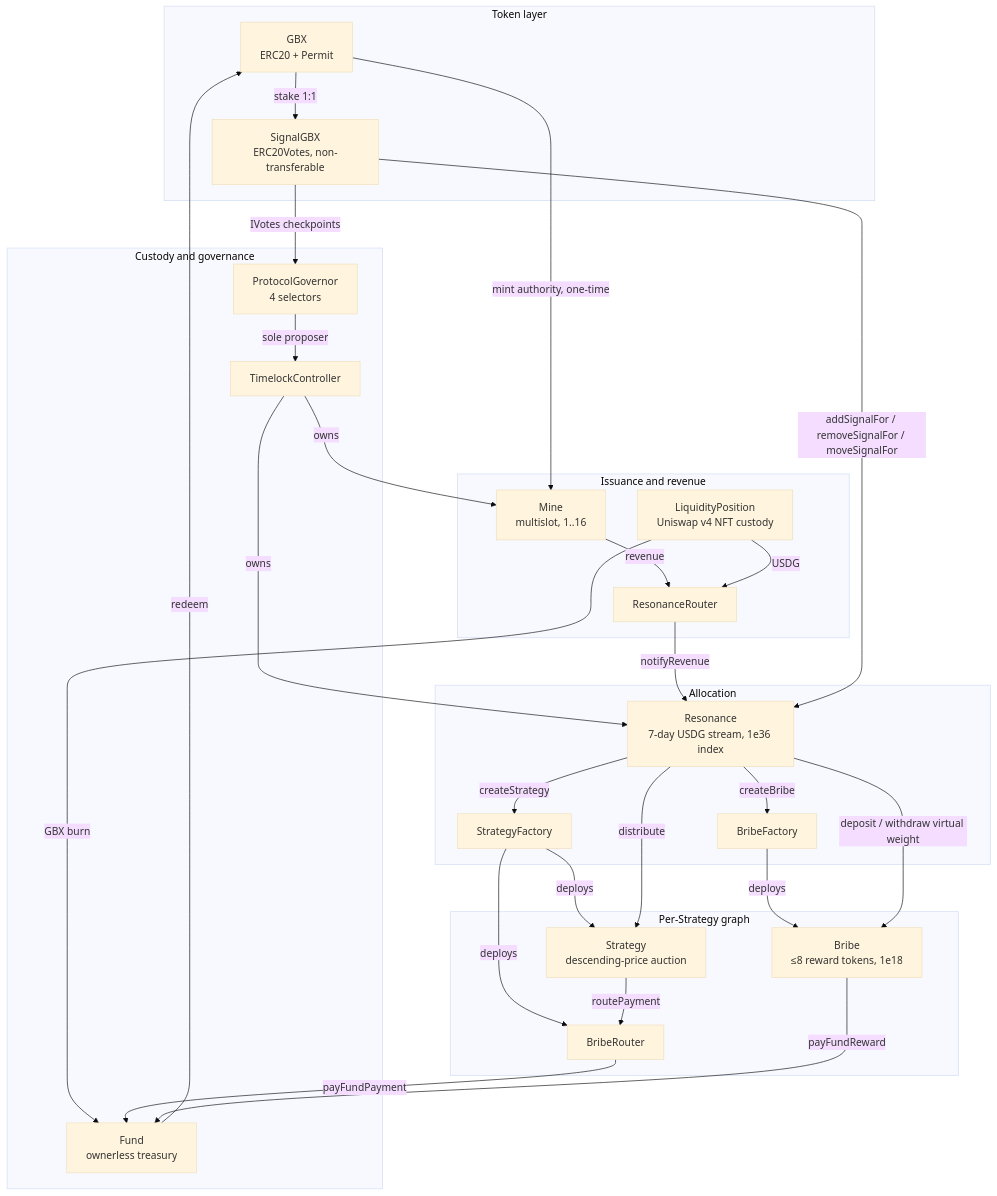
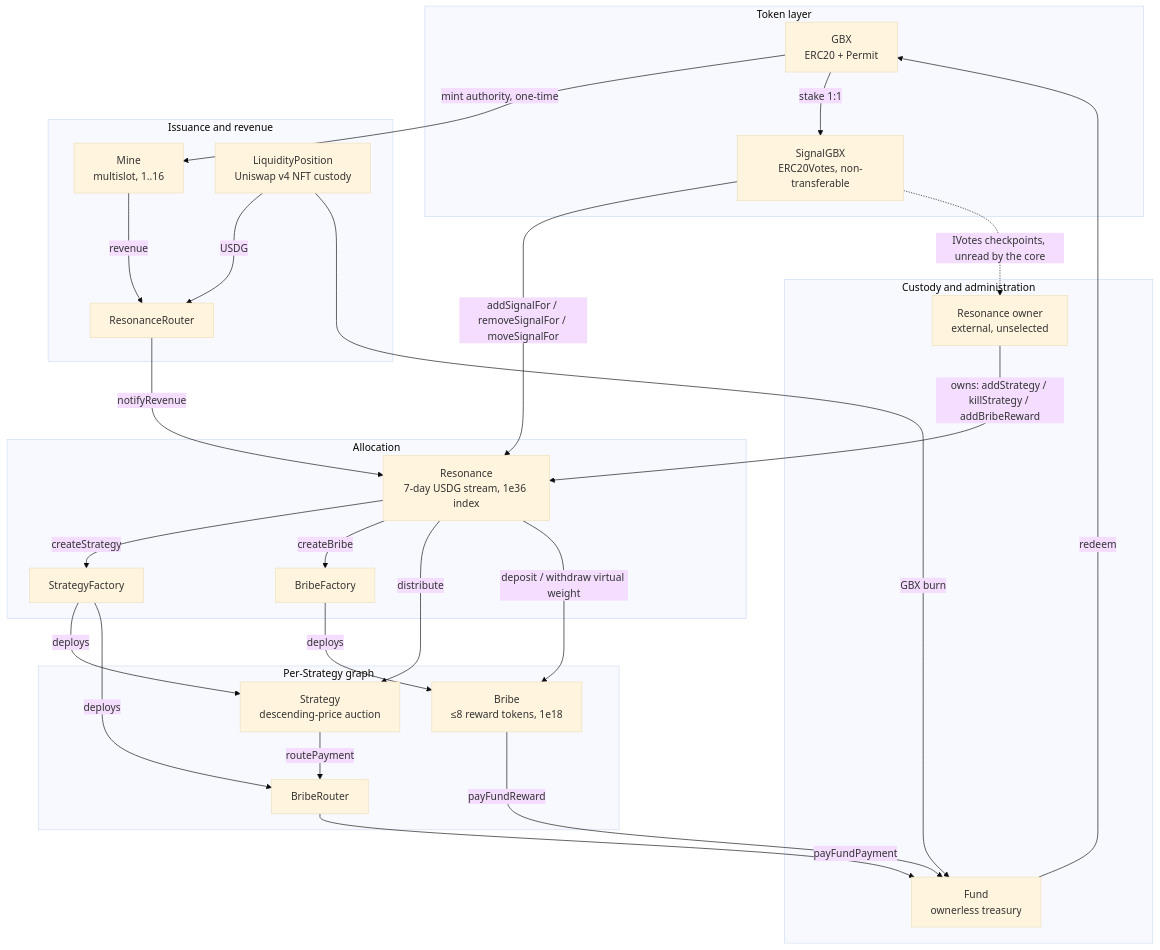
The diagram in docs/whitepapers/gumball-6900/whitepaper.md (Heesho/gumball6900), drawn with Mermaid (base theme) before and after one commit. The commit also changed other lines of this file and 17 other files, not shown here.

````diff
--- a/docs/whitepapers/gumball-6900/whitepaper.md
+++ b/docs/whitepapers/gumball-6900/whitepaper.md
@@ -211,50 +210,47 @@
 ```mermaid
 flowchart TB
   subgraph Token["Token layer"]
     GBX[GBX<br/>ERC20 + Permit]
     SGBX[SignalGBX<br/>ERC20Votes, non-transferable]
   end
   subgraph Issue["Issuance and revenue"]
     MINE[Mine<br/>multislot, 1..16]
     LP[LiquidityPosition<br/>Uniswap v4 NFT custody]
     RR[ResonanceRouter]
   end
   subgraph Alloc["Allocation"]
     RES[Resonance<br/>7-day USDG stream, 1e36 index]
     SF[StrategyFactory]
     BF[BribeFactory]
   end
   subgraph Perstrat["Per-Strategy graph"]
     STR[Strategy<br/>descending-price auction]
     BR[BribeRouter]
     BRIBE[Bribe<br/>≤8 reward tokens, 1e18]
   end
-  subgraph Custody["Custody and governance"]
+  subgraph Custody["Custody and administration"]
     FUND[Fund<br/>ownerless treasury]
-    GOV[ProtocolGovernor<br/>4 selectors]
-    TL[TimelockController]
+    OWNER[Resonance owner<br/>external, unselected]
   end
 
   GBX -->|mint authority, one-time| MINE
   GBX -->|stake 1:1| SGBX
   MINE -->|revenue| RR
   LP -->|USDG| RR
   LP -->|GBX burn| FUND
   RR -->|notifyRevenue| RES
   SGBX -->|addSignalFor / removeSignalFor / moveSignalFor| RES
-  SGBX -->|IVotes checkpoints| GOV
+  SGBX -.->|IVotes checkpoints, unread by the core| OWNER
   RES -->|createStrategy| SF
   RES -->|createBribe| BF
   SF -->|deploys| STR
   SF -->|deploys| BR
   BF -->|deploys| BRIBE
   RES -->|distribute| STR
   RES -->|deposit / withdraw virtual weight| BRIBE
   STR -->|routePayment| BR
   BR -->|payFundPayment| FUND
   BRIBE -->|payFundReward| FUND
-  GOV -->|sole proposer| TL
-  TL -->|owns| RES
-  TL -->|owns| MINE
+  OWNER -->|owns: addStrategy / killStrategy / addBribeReward| RES
   FUND -->|redeem| GBX
 ```
````
